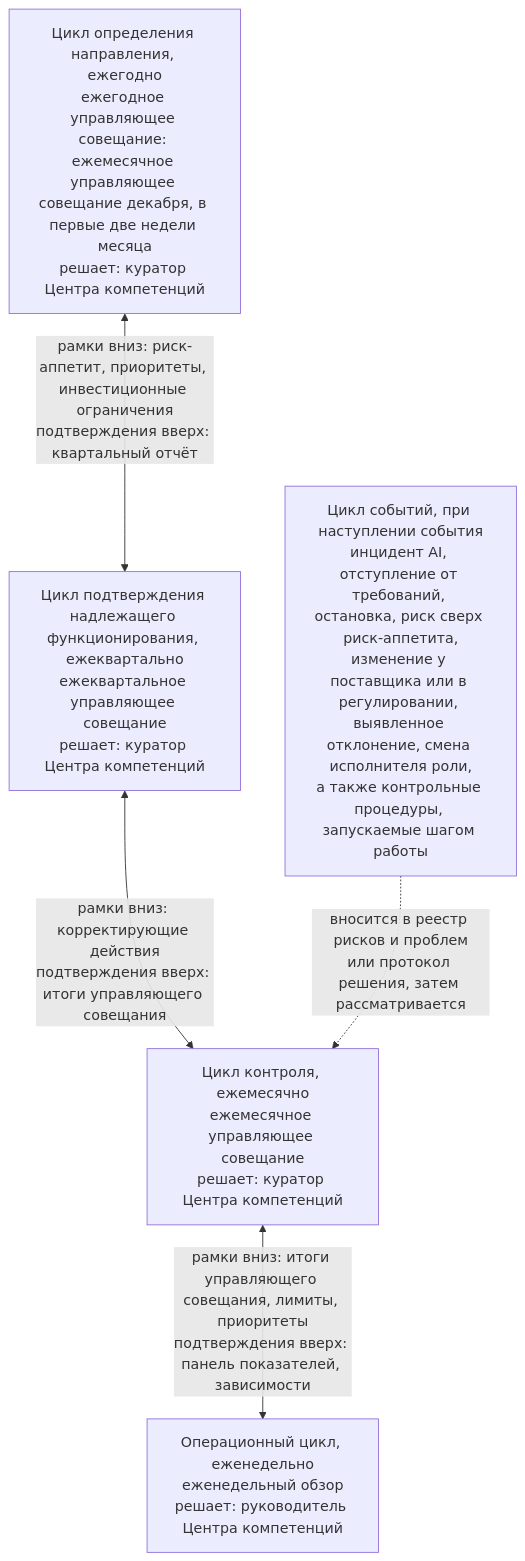
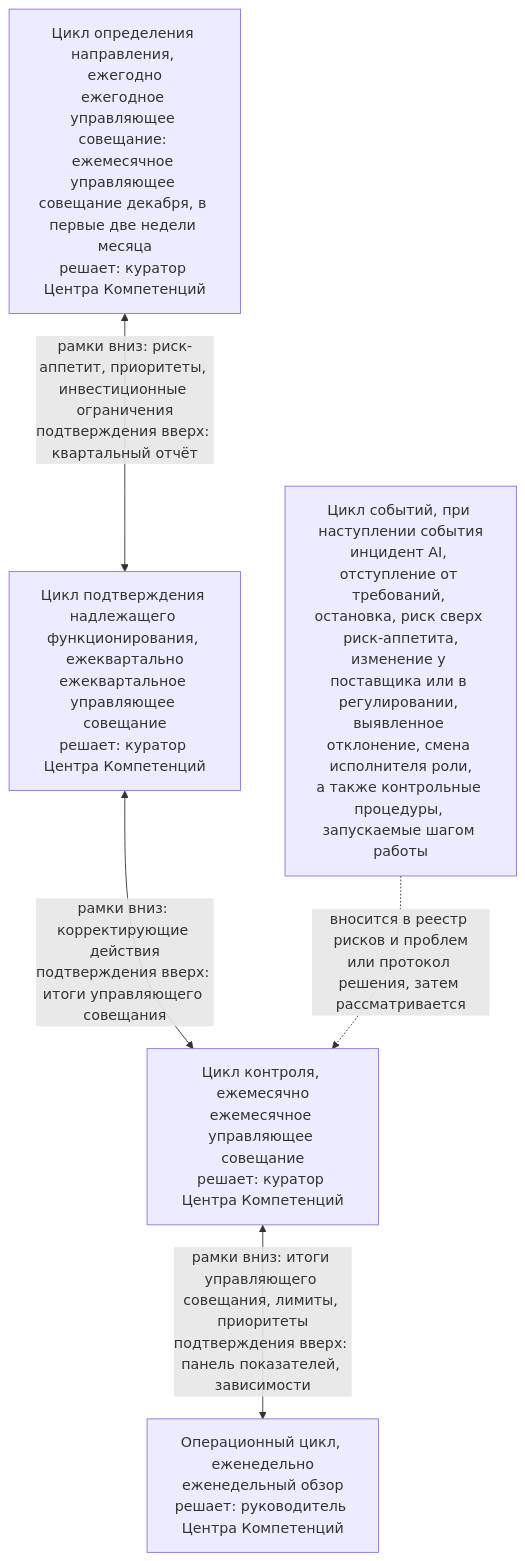
One commit to devhogu/ob-aicc changed the first of 6 diagrams in charter/ru/workflows/unit-governance.md. Above: the diagram before and after it, drawn with Mermaid. The commit also changed other lines of this file and 550 other files, not shown here.

````diff
--- a/charter/ru/workflows/unit-governance.md
+++ b/charter/ru/workflows/unit-governance.md
@@ -21,12 +21,12 @@
 ```mermaid
 flowchart TB
-  DI["Цикл определения направления, ежегодно<br/>ежегодное управляющее совещание: ежемесячное управляющее совещание декабря, в первые две недели месяца<br/>решает: куратор Центра компетенций"]
-  AS["Цикл подтверждения надлежащего функционирования, ежеквартально<br/>ежеквартальное управляющее совещание<br/>решает: куратор Центра компетенций"]
-  CO["Цикл контроля, ежемесячно<br/>ежемесячное управляющее совещание<br/>решает: куратор Центра компетенций"]
-  OP["Операционный цикл, еженедельно<br/>еженедельный обзор<br/>решает: руководитель Центра компетенций"]
+  DI["Цикл определения направления, ежегодно<br/>ежегодное управляющее совещание: ежемесячное управляющее совещание декабря, в первые две недели месяца<br/>решает: куратор Центра Компетенций"]
+  AS["Цикл подтверждения надлежащего функционирования, ежеквартально<br/>ежеквартальное управляющее совещание<br/>решает: куратор Центра Компетенций"]
+  CO["Цикл контроля, ежемесячно<br/>ежемесячное управляющее совещание<br/>решает: куратор Центра Компетенций"]
+  OP["Операционный цикл, еженедельно<br/>еженедельный обзор<br/>решает: руководитель Центра Компетенций"]
   DI <-->|"рамки вниз: риск-аппетит, приоритеты, инвестиционные ограничения<br/>подтверждения вверх: квартальный отчёт"| AS
   AS <-->|"рамки вниз: корректирующие действия<br/>подтверждения вверх: итоги управляющего совещания"| CO
   CO <-->|"рамки вниз: итоги управляющего совещания, лимиты, приоритеты<br/>подтверждения вверх: панель показателей, зависимости"| OP
   EV["Цикл событий, при наступлении события<br/>инцидент AI, отступление от требований, остановка, риск сверх риск-аппетита,<br/>изменение у поставщика или в регулировании, выявленное отклонение, смена исполнителя роли,<br/>а также контрольные процедуры, запускаемые шагом работы"]
   EV -.->|"вносится в реестр рисков и проблем<br/>или протокол решения, затем рассматривается"| CO
 ```
````
